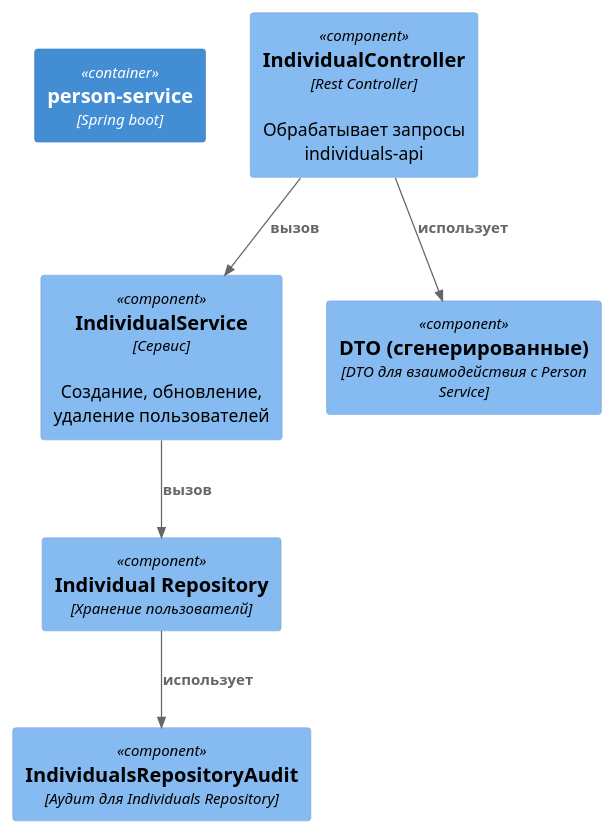
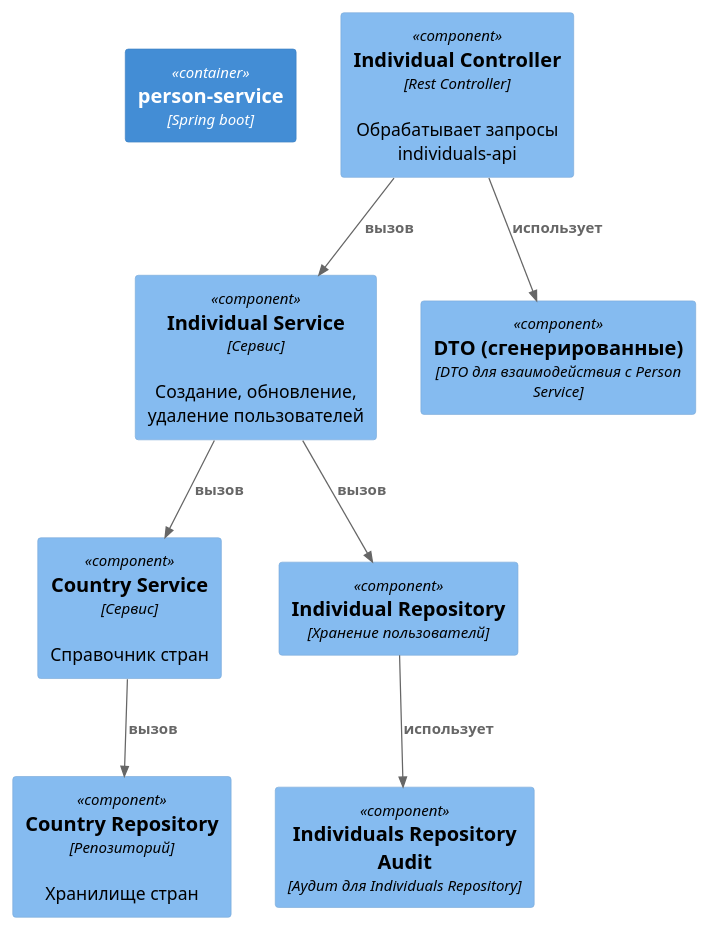
Before and after one commit to diamam90/payment-system: the diagram in diagram/person-service-component.puml, drawn with PlantUML. The commit also changed 166 other files, not shown here.

```diff
--- a/diagram/person-service-component.puml
+++ b/diagram/person-service-component.puml
@@ -1,17 +1,21 @@
 @startuml
 !includeurl https://raw.githubusercontent.com/plantuml-stdlib/C4-PlantUML/master/C4_Component.puml
 
 Container(indApi,"person-service","Spring boot")
 
-Component(indController, "IndividualController", "Rest Controller", "Обрабатывает запросы individuals-api")
-Component(indService,"IndividualService","Сервис","Создание, обновление, удаление пользователей")
+Component(indController, "Individual Controller", "Rest Controller", "Обрабатывает запросы individuals-api")
+Component(indService,"Individual Service","Сервис","Создание, обновление, удаление пользователей")
+Component(countryService, "Country Service", "Сервис", "Справочник стран")
 Component(indRepository, "Individual Repository", "Хранение пользователй")
-Component(indRepositoryAudit,"IndividualsRepositoryAudit", "Аудит для Individuals Repository")
+Component(countryRepository, "Country Repository", "Репозиторий","Хранилище стран")
+Component(indRepositoryAudit,"Individuals Repository Audit", "Аудит для Individuals Repository")
 Component(personDto, "DTO (сгенерированные)", "DTO для взаимодействия с Person Service")
 
 Rel(indController, indService, "вызов")
 Rel(indController, personDto, "использует")
 Rel(indService, indRepository, "вызов")
+Rel(indService,countryService, "вызов")
+Rel(countryService, countryRepository,"вызов")
 Rel(indRepository, indRepositoryAudit, "использует")
 
 @enduml
```
